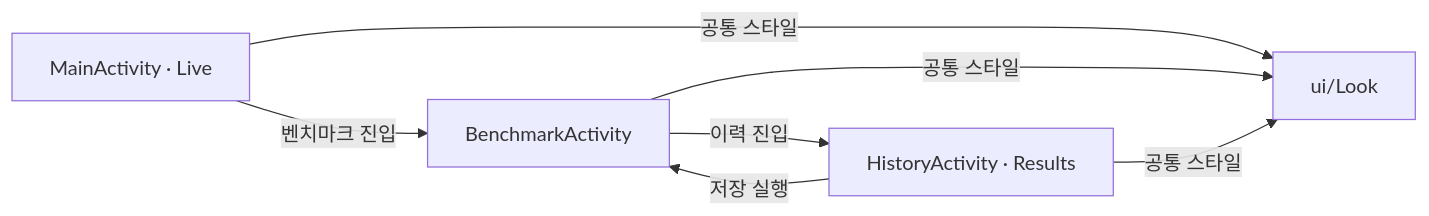
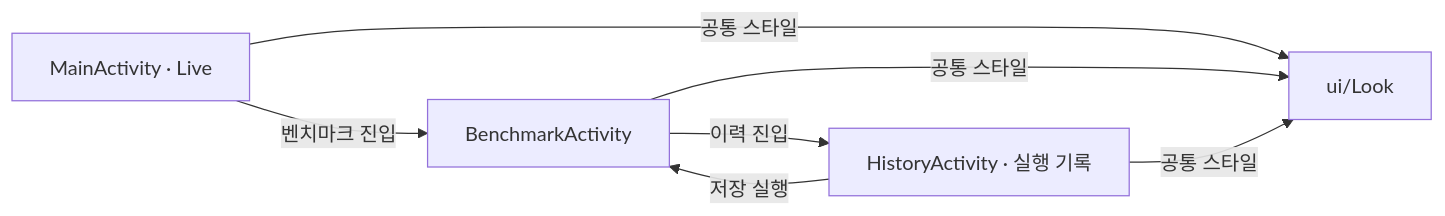
One commit to TTolsun/hal-camera changed the diagram in .omm/overall-architecture/screens/diagram.mmd. Above: the diagram before and after it, drawn with Mermaid. The commit also changed 30 other files, not shown here.

```diff
--- a/.omm/overall-architecture/screens/diagram.mmd
+++ b/.omm/overall-architecture/screens/diagram.mmd
@@ -1,7 +1,7 @@
 graph LR
     live["MainActivity · Live"] -->|"벤치마크 진입"| benchmark["BenchmarkActivity"]
-    benchmark -->|"이력 진입"| history["HistoryActivity · Results"]
+    benchmark -->|"이력 진입"| history["HistoryActivity · 실행 기록"]
     history -->|"저장 실행"| benchmark
     live -->|"공통 스타일"| look["ui/Look"]
     benchmark -->|"공통 스타일"| look
     history -->|"공통 스타일"| look
```
